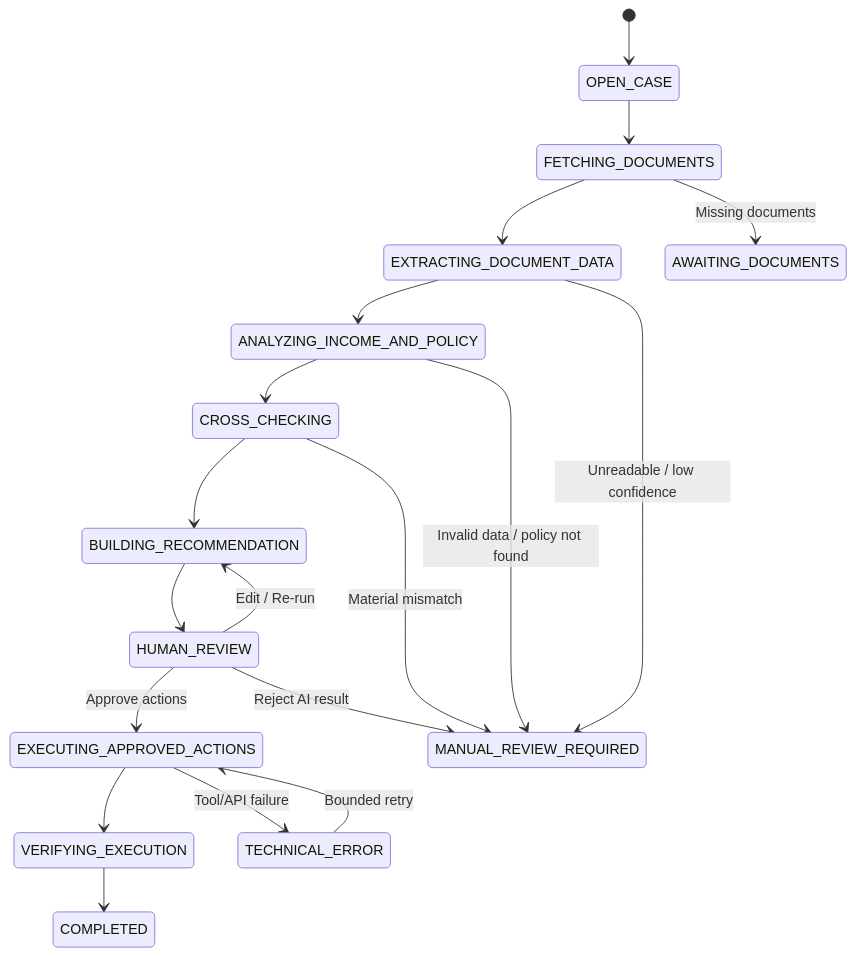
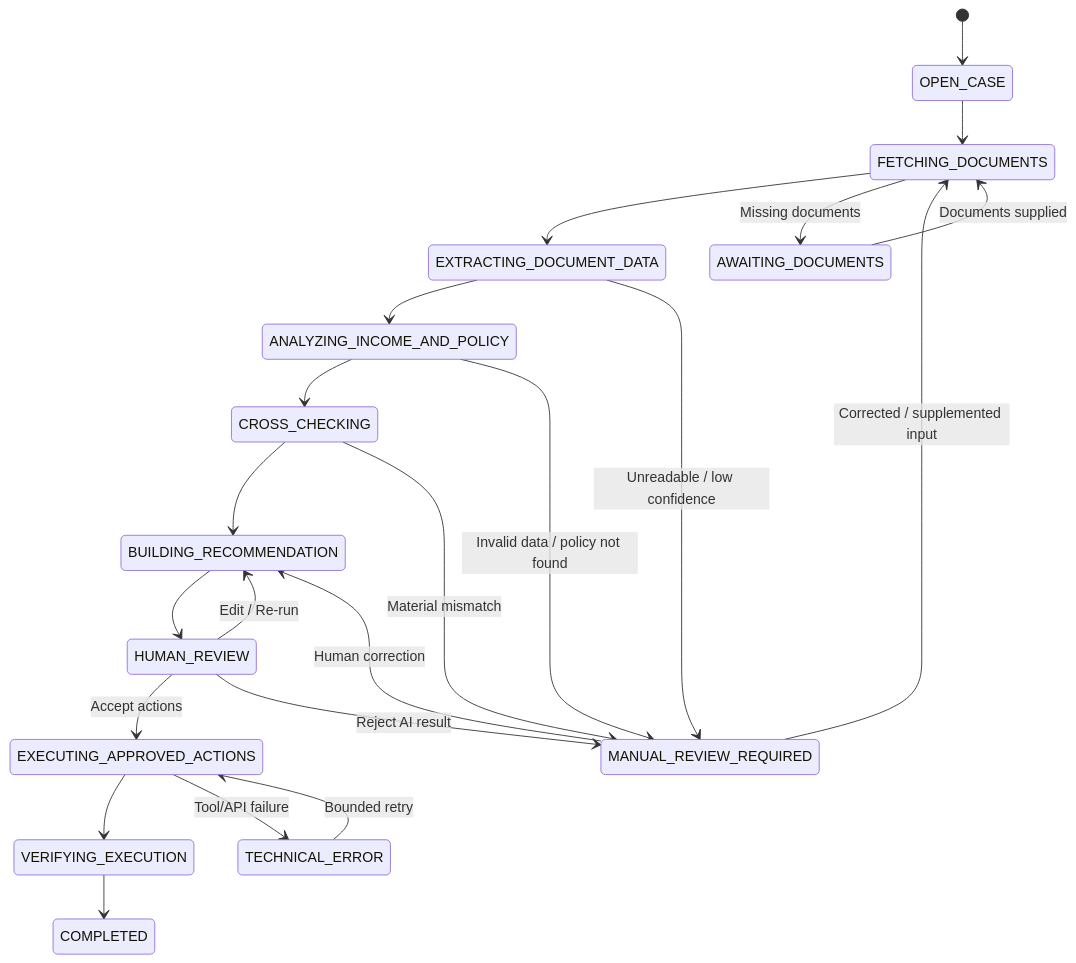
One commit to AnNT-k7/HUB_claude_code changed the second of 3 diagrams in docs/ARCHITECTURE.md. Above: the diagram before and after it, drawn with Mermaid. The commit also changed other lines of this file and 32 other files, not shown here.

Commit message:
add new skills a dn new phases, rag-architecture, rules

````diff
--- a/docs/ARCHITECTURE.md
+++ b/docs/ARCHITECTURE.md
@@ -302,22 +302,25 @@
 ```mermaid
 stateDiagram-v2
     [*] --> OPEN_CASE
     OPEN_CASE --> FETCHING_DOCUMENTS
     FETCHING_DOCUMENTS --> EXTRACTING_DOCUMENT_DATA
     EXTRACTING_DOCUMENT_DATA --> ANALYZING_INCOME_AND_POLICY
     ANALYZING_INCOME_AND_POLICY --> CROSS_CHECKING
     CROSS_CHECKING --> BUILDING_RECOMMENDATION
     BUILDING_RECOMMENDATION --> HUMAN_REVIEW
     HUMAN_REVIEW --> BUILDING_RECOMMENDATION: Edit / Re-run
-    HUMAN_REVIEW --> EXECUTING_APPROVED_ACTIONS: Approve actions
+    HUMAN_REVIEW --> EXECUTING_APPROVED_ACTIONS: Accept actions
     HUMAN_REVIEW --> MANUAL_REVIEW_REQUIRED: Reject AI result
     EXECUTING_APPROVED_ACTIONS --> VERIFYING_EXECUTION
     VERIFYING_EXECUTION --> COMPLETED
 
     FETCHING_DOCUMENTS --> AWAITING_DOCUMENTS: Missing documents
+    AWAITING_DOCUMENTS --> FETCHING_DOCUMENTS: Documents supplied
     EXTRACTING_DOCUMENT_DATA --> MANUAL_REVIEW_REQUIRED: Unreadable / low confidence
     ANALYZING_INCOME_AND_POLICY --> MANUAL_REVIEW_REQUIRED: Invalid data / policy not found
     CROSS_CHECKING --> MANUAL_REVIEW_REQUIRED: Material mismatch
+    MANUAL_REVIEW_REQUIRED --> FETCHING_DOCUMENTS: Corrected / supplemented input
+    MANUAL_REVIEW_REQUIRED --> BUILDING_RECOMMENDATION: Human correction
     EXECUTING_APPROVED_ACTIONS --> TECHNICAL_ERROR: Tool/API failure
     TECHNICAL_ERROR --> EXECUTING_APPROVED_ACTIONS: Bounded retry
 ```
````
